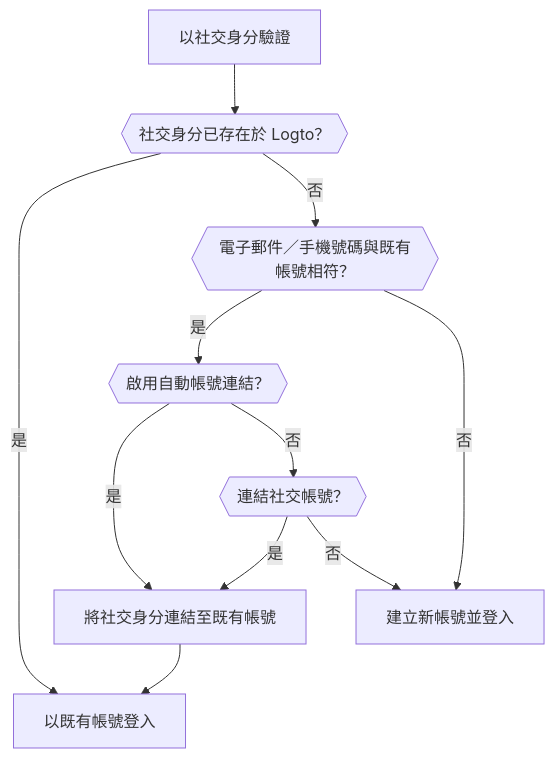
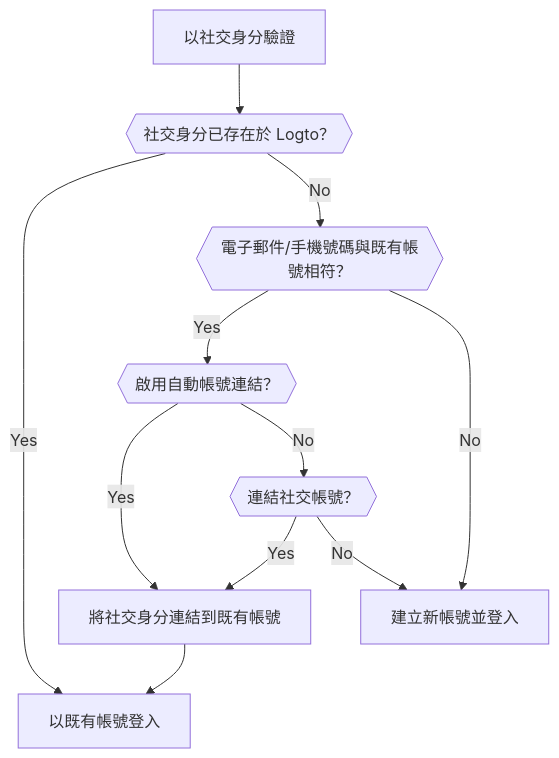
One commit to logto-io/docs changed the second of 6 diagrams in i18n/zh-TW/docusaurus-plugin-content-docs/current/end-user-flows/sign-up-and-sign-in/social-sign-in.mdx. Above: the diagram before and after it, drawn with Mermaid. The commit also changed other lines of this file and 666 other files, not shown here.

````diff
--- a/i18n/zh-TW/docusaurus-plugin-content-docs/current/end-user-flows/sign-up-and-sign-in/social-sign-in.mdx
+++ b/i18n/zh-TW/docusaurus-plugin-content-docs/current/end-user-flows/sign-up-and-sign-in/social-sign-in.mdx
@@ -80,13 +80,13 @@
     ```mermaid
     flowchart TD
     A[以社交身分驗證] --> B{{社交身分已存在於 Logto？}}
-    B -- 是 --> C[以既有帳號登入]
-    B -- 否 --> D{{電子郵件／手機號碼與既有帳號相符？}}
-    D -- 是 --> E{{啟用自動帳號連結？}}
-    E -- 是 --> G[將社交身分連結至既有帳號]
+    B -- Yes --> C[以既有帳號登入]
+    B -- No --> D{{電子郵件/手機號碼與既有帳號相符？}}
+    D -- Yes --> E{{啟用自動帳號連結？}}
+    E -- Yes --> G[將社交身分連結到既有帳號]
     G --> C
-    D -- 否 --> H[建立新帳號並登入]
-    E -- 否 --> I{{連結社交帳號？}}
-    I -- 是 --> G
-    I -- 否 --> H
+    D -- No --> H[建立新帳號並登入]
+    E -- No --> I{{連結社交帳號？}}
+    I -- Yes --> G
+    I -- No --> H
     ```
````
